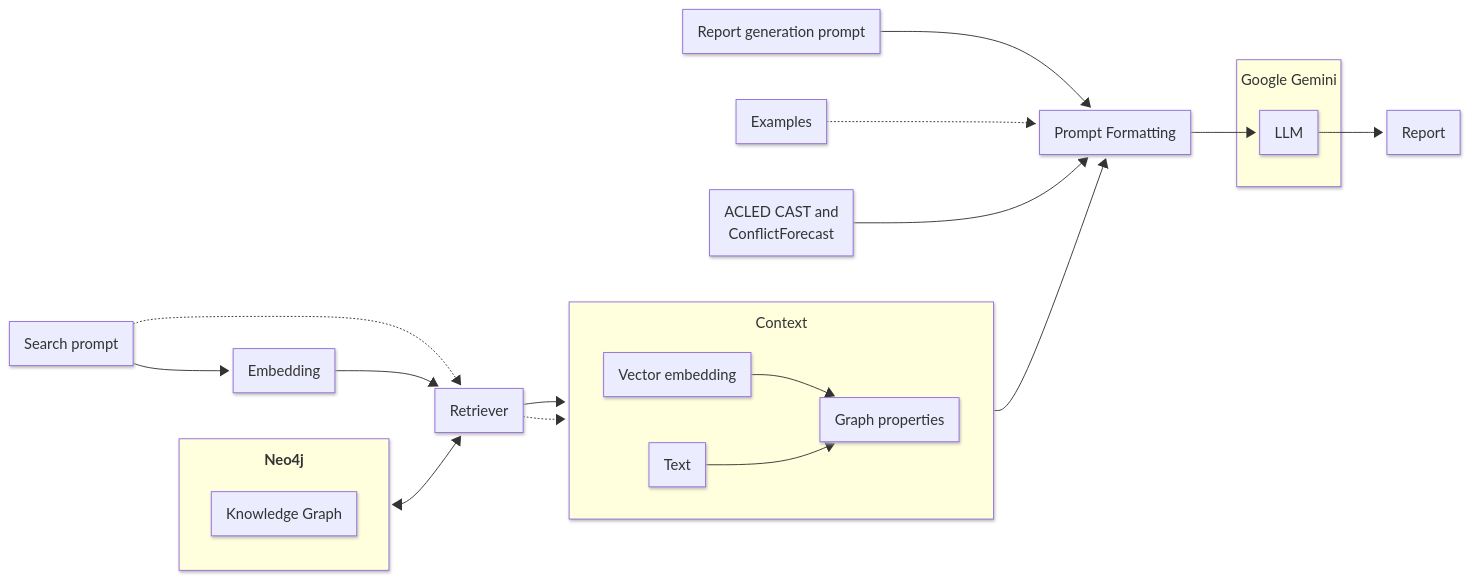
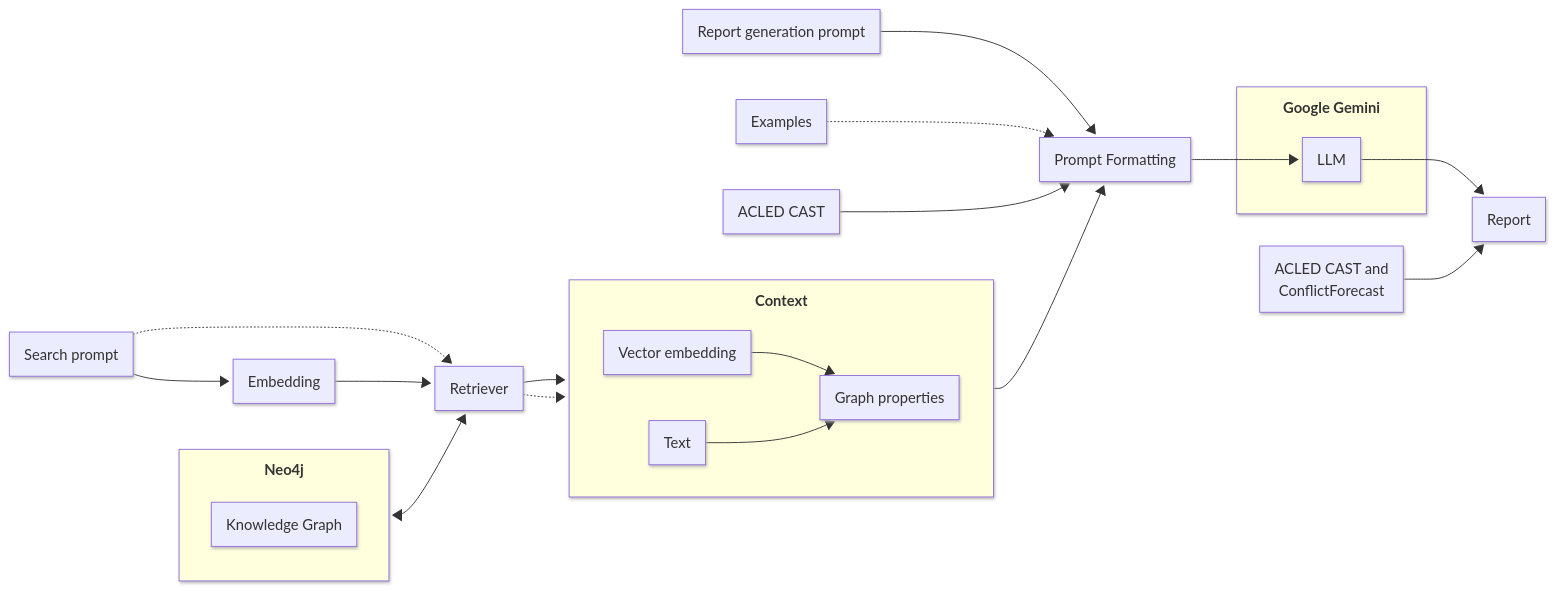
Before and after one commit to pablo-fdz/UN_Conflict_Report: the second of 2 diagrams in graphrag_pipeline/docs/dev_guide.md, drawn with Mermaid.

Commit message:
Adapted GraphRAG diagram once again

````diff
--- a/graphrag_pipeline/docs/dev_guide.md
+++ b/graphrag_pipeline/docs/dev_guide.md
@@ -149,44 +149,46 @@
 ```mermaid
 ---
 config:
   flowchart:
     subGraphTitleMargin:
       top: 10
       bottom: 10
   look: neo
   layout: dagre
 ---
 flowchart LR
  subgraph s1["<b>Neo4j<b></b></b>"]
         A["Knowledge Graph"]
   end
- subgraph s2["Google Gemini"]
+ subgraph s2["<b>Google Gemini<b></b></b>"]
         n7["LLM"]
   end
- subgraph s3["Context"]
+ subgraph s3["<b>Context<b></b></b>"]
     direction LR
         n12["Vector embedding"]
         n13["Text"]
         n14["Graph properties"]
   end
     n2["Search prompt"] -.-> n1["Retriever"]
     n2 --> n4["Embedding"]
     n1 --> n12
     n1 -.-> n13
     n4 --> n1
     n6["Report generation prompt"] --> n5["Prompt Formatting"]
     n5 --> n7
     n7 --> n8["Report"]
     n10["Examples"] -.-> n5
-    n11["ACLED CAST and 
-    ConflictForecast"] --> n5
+    n11["ACLED CAST"] --> n5
     n12 --> n14
     n13 --> n14
     s3 --> n5
     s1 <--> n1
+    n16["ACLED CAST and 
+    ConflictForecast"] --> n8
     n13@{ shape: rect}
     n2@{ shape: rect}
     n6@{ shape: rect}
     n10@{ shape: rect}
     n11@{ shape: rect}
+    n16@{ shape: rect}
 ```
````
